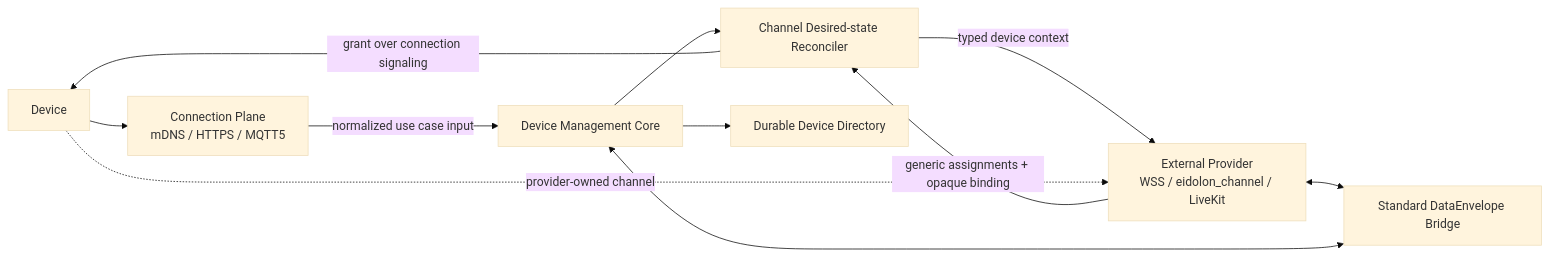
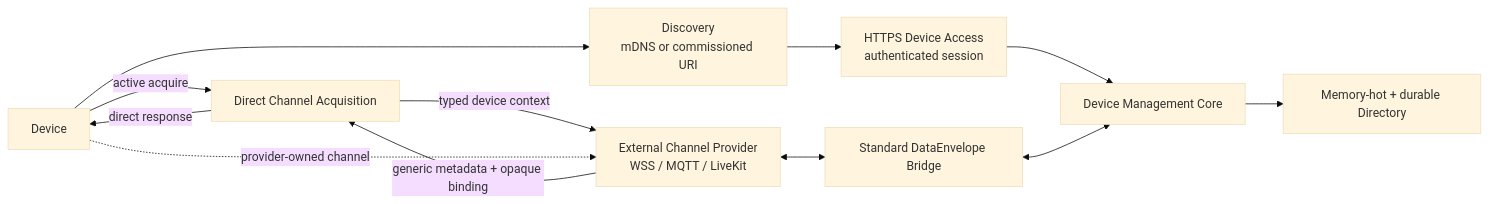
One commit to eidolon-os/eidolon_hub changed the diagram in docs/architecture/hub-three-plane.md. Above: the diagram before and after it, drawn with Mermaid (base theme). The commit also changed other lines of this file and 147 other files, not shown here.

Commit message:
refactor: replace connection plane with device sessions

````diff
--- a/docs/architecture/hub-three-plane.md
+++ b/docs/architecture/hub-three-plane.md
@@ -7,21 +7,20 @@
 ```mermaid
 flowchart LR
     Device["Device"]
-    Connection["Connection Plane<br/>mDNS / HTTPS / MQTT5"]
+    Discovery["Discovery<br/>mDNS or commissioned URI"]
+    Access["HTTPS Device Access<br/>authenticated session"]
     Core["Device Management Core"]
-    Orchestrator["Channel Desired-state Reconciler"]
-    Provider["External Provider<br/>WSS / eidolon_channel / LiveKit"]
+    Acquire["Direct Channel Acquisition"]
+    Provider["External Channel Provider<br/>WSS / MQTT / LiveKit"]
     Bridge["Standard DataEnvelope Bridge"]
-    Directory["Durable Device Directory"]
+    Directory["Memory-hot + durable Directory"]
 
-    Device --> Connection
-    Connection -->|"normalized use case input"| Core
-    Core --> Orchestrator
-    Orchestrator -->|"typed device context"| Provider
-    Provider -->|"generic assignments + opaque binding"| Orchestrator
-    Orchestrator -->|"grant over connection signaling"| Device
-    Device -.->|"provider-owned channel"| Provider
-    Provider <--> Bridge
-    Bridge <--> Core
+    Device --> Discovery --> Access --> Core
+    Device -->|"active acquire"| Acquire
+    Acquire -->|"typed device context"| Provider
+    Provider -->|"generic metadata + opaque binding"| Acquire
+    Acquire -->|"direct response"| Device
+    Device -. "provider-owned channel" .-> Provider
+    Provider <--> Bridge <--> Core
     Core --> Directory
 ```
````
